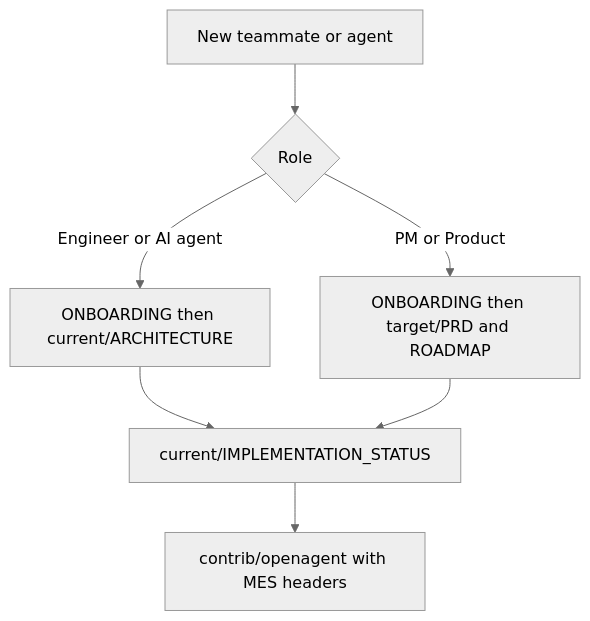
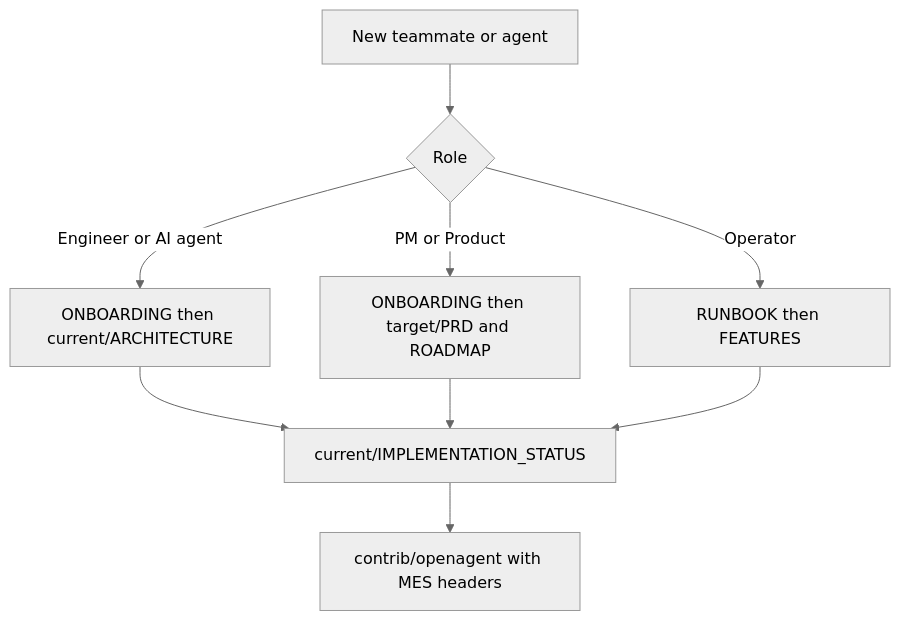
One commit to monigarr/vscode changed the diagram in docs/README.md. Above: the diagram before and after it, drawn with Mermaid (neutral theme). The commit also changed other lines of this file and 16 other files, not shown here.

````diff
--- a/docs/README.md
+++ b/docs/README.md
@@ -33,10 +43,12 @@
 ```mermaid
 flowchart TD
   start[New teammate or agent]
   start --> role{Role}
   role -->|Engineer or AI agent| eng[ONBOARDING then current/ARCHITECTURE]
   role -->|PM or Product| pm[ONBOARDING then target/PRD and ROADMAP]
+  role -->|Operator| ops[RUNBOOK then FEATURES]
   eng --> status[current/IMPLEMENTATION_STATUS]
   pm --> status
+  ops --> status
   status --> code[contrib/openagent with MES headers]
 ```
````
